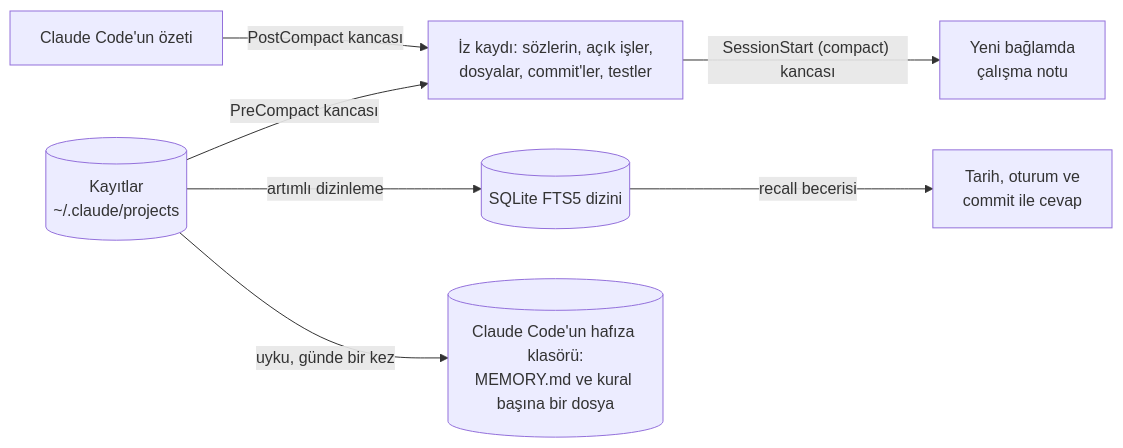
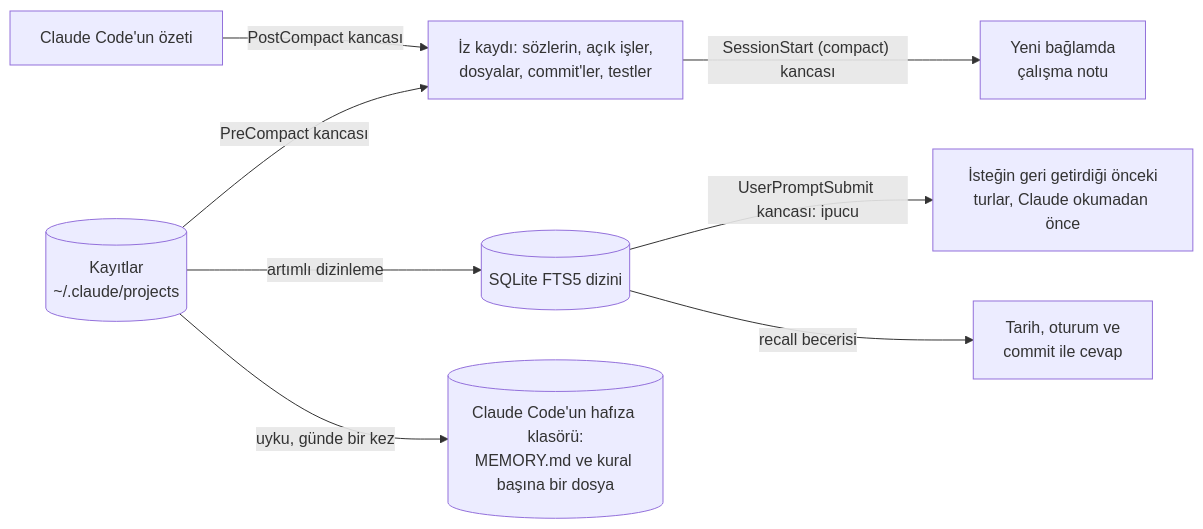
The diagram in README.tr.md (cihanatak/lr-memory), drawn with Mermaid before and after one commit. The commit also changed other lines of this file and 1 other file, not shown here.

````diff
--- a/README.tr.md
+++ b/README.tr.md
@@ -59,9 +61,10 @@
 ```mermaid
 flowchart LR
   T[("Kayıtlar<br/>~/.claude/projects")] -->|PreCompact kancası| R["İz kaydı: sözlerin, açık işler,<br/>dosyalar, commit'ler, testler"]
   S["Claude Code'un özeti"] -->|PostCompact kancası| R
   R -->|"SessionStart (compact) kancası"| N["Yeni bağlamda<br/>çalışma notu"]
   T -->|"artımlı dizinleme"| I[("SQLite FTS5 dizini")]
+  I -->|"UserPromptSubmit kancası: ipucu"| C["İsteğin geri getirdiği önceki<br/>turlar, Claude okumadan önce"]
   I -->|"recall becerisi"| A["Tarih, oturum ve<br/>commit ile cevap"]
   T -->|"uyku, günde bir kez"| M[("Claude Code'un hafıza klasörü:<br/>MEMORY.md ve kural başına bir dosya")]
 ```
````
